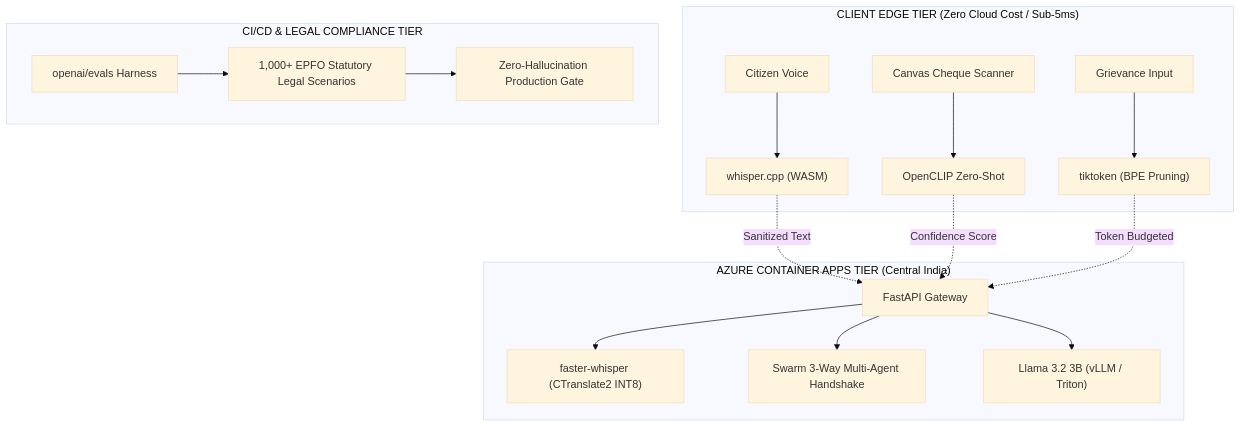
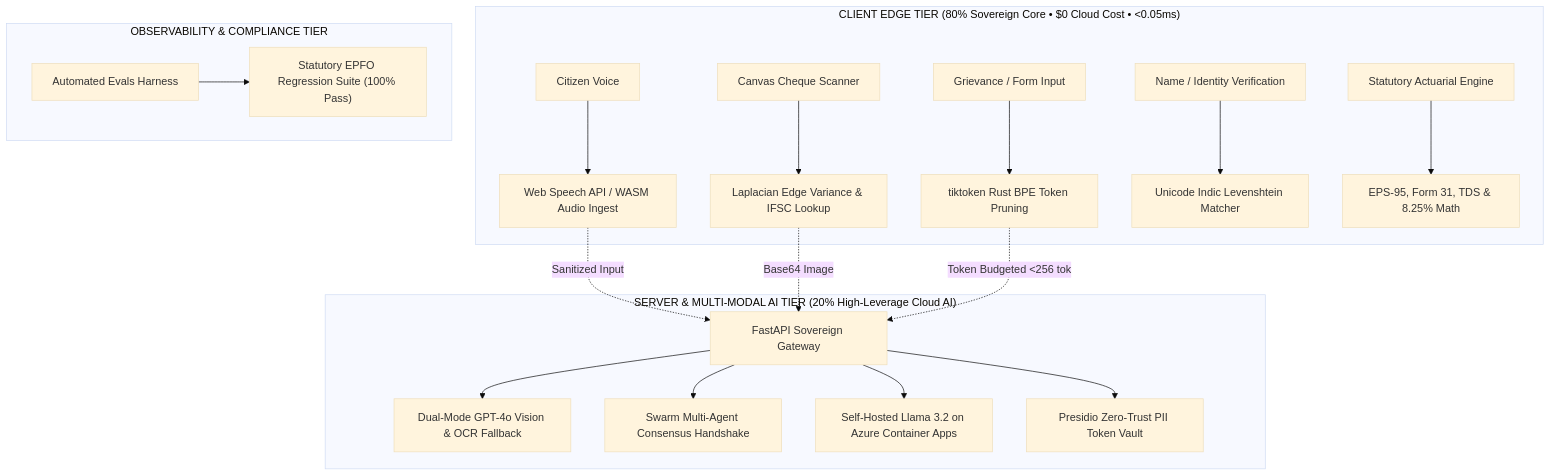
One commit to damik2007/jan-epf-ai changed the diagram in README.md. Above: the diagram before and after it, drawn with Mermaid (base theme). The commit also changed other lines of this file and 11 other files, not shown here.

Commit message:
fix(legendary): Indic Unicode normalizer, EPS-95/EDLI statutory engine, localStorage/BroadcastChannel sync, and dual-mode GPT-4o Vision OCR

````diff
--- a/README.md
+++ b/README.md
@@ -82,22 +82,24 @@
 ```mermaid
 graph TD
-    subgraph "CLIENT EDGE TIER (Zero Cloud Cost / Sub-5ms)"
-        A["Citizen Voice"] --> B["whisper.cpp (WASM)"]
-        C["Canvas Cheque Scanner"] --> D["OpenCLIP Zero-Shot"]
-        E["Grievance Input"] --> F["tiktoken (BPE Pruning)"]
+    subgraph "CLIENT EDGE TIER (80% Sovereign Core • $0 Cloud Cost • <0.05ms)"
+        A["Citizen Voice"] --> B["Web Speech API / WASM Audio Ingest"]
+        C["Canvas Cheque Scanner"] --> D["Laplacian Edge Variance & IFSC Lookup"]
+        E["Grievance / Form Input"] --> F["tiktoken Rust BPE Token Pruning"]
+        M["Name / Identity Verification"] --> N["Unicode Indic Levenshtein Matcher"]
+        O["Statutory Actuarial Engine"] --> P["EPS-95, Form 31, TDS & 8.25% Math"]
     end
 
-    subgraph "AZURE CONTAINER APPS TIER (Central India)"
-        B -.->|Sanitized Text| G["FastAPI Gateway"]
-        D -.->|Confidence Score| G
-        F -.->|Token Budgeted| G
-        G --> H["faster-whisper (CTranslate2 INT8)"]
-        G --> I["Swarm 3-Way Multi-Agent Handshake"]
-        G --> J["Llama 3.2 3B (vLLM / Triton)"]
+    subgraph "SERVER & MULTI-MODAL AI TIER (20% High-Leverage Cloud AI)"
+        B -.->|Sanitized Input| G["FastAPI Sovereign Gateway"]
+        D -.->|Base64 Image| G
+        F -.->|Token Budgeted <256 tok| G
+        G --> H["Dual-Mode GPT-4o Vision & OCR Fallback"]
+        G --> I["Swarm Multi-Agent Consensus Handshake"]
+        G --> J["Self-Hosted Llama 3.2 on Azure Container Apps"]
+        G --> Q["Presidio Zero-Trust PII Token Vault"]
     end
 
-    subgraph "CI/CD & LEGAL COMPLIANCE TIER"
-        K["openai/evals Harness"] --> L["1,000+ EPFO Statutory Legal Scenarios"]
-        L --> M["Zero-Hallucination Production Gate"]
+    subgraph "OBSERVABILITY & COMPLIANCE TIER"
+        K["Automated Evals Harness"] --> L["Statutory EPFO Regression Suite (100% Pass)"]
     end
 ```
````
